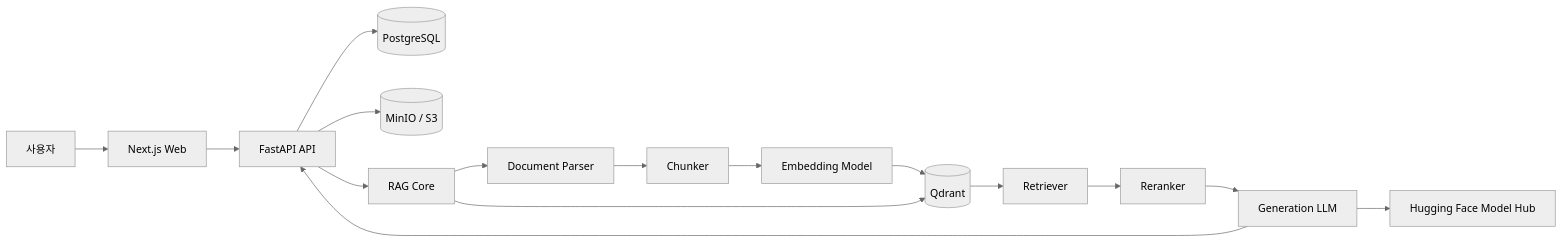
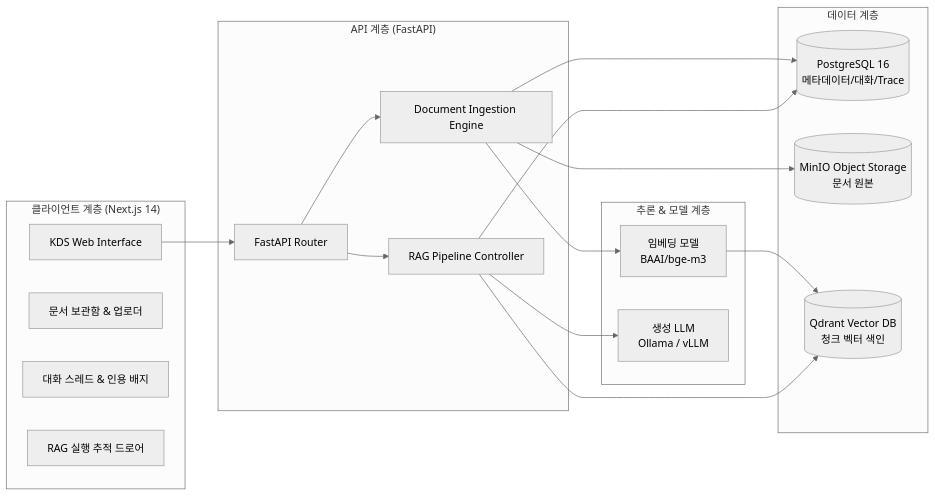
One commit to minwoo1119/dograc changed the diagram in README.md. Above: the diagram before and after it, drawn with Mermaid (neutral theme). The commit also changed other lines of this file and 4 other files, not shown here.

````diff
--- a/README.md
+++ b/README.md
@@ -68,22 +52,38 @@
 ```mermaid
 flowchart LR
-    U[사용자] --> W[Next.js Web]
-    W --> A[FastAPI API]
+    subgraph Frontend["클라이언트 계층 (Next.js 14)"]
+        UI[KDS Web Interface]
+        DocPanel[문서 보관함 & 업로더]
+        Chat[대화 스레드 & 인용 배지]
+        Trace[RAG 실행 추적 드로어]
+    end
 
-    A --> S[(PostgreSQL)]
-    A --> O[(MinIO / S3)]
-    A --> R[RAG Core]
+    subgraph Backend["API 계층 (FastAPI)"]
+        API[FastAPI Router]
+        Ingest[Document Ingestion Engine]
+        RAGCore[RAG Pipeline Controller]
+    end
 
-    R --> P[Document Parser]
-    P --> C[Chunker]
-    C --> E[Embedding Model]
-    E --> V[(Qdrant)]
+    subgraph Storage["데이터 계층"]
+        PG[(PostgreSQL 16\n메타데이터/대화/Trace)]
+        MinIO[(MinIO Object Storage\n문서 원본)]
+        VectorDB[(Qdrant Vector DB\n청크 벡터 색인)]
+    end
 
-    R --> V
-    V --> K[Retriever]
-    K --> RR[Reranker]
-    RR --> G[Generation LLM]
-    G --> A
+    subgraph Models["추론 & 모델 계층"]
+        Embed[임베딩 모델\nBAAI/bge-m3]
+        LLM[생성 LLM\nOllama / vLLM]
+    end
 
-    G --> HF[Hugging Face Model Hub]
+    UI --> API
+    API --> Ingest
+    API --> RAGCore
+
+    Ingest --> MinIO
+    Ingest --> Embed --> VectorDB
+    Ingest --> PG
+
+    RAGCore --> VectorDB
+    RAGCore --> LLM
+    RAGCore --> PG
 ```
````
